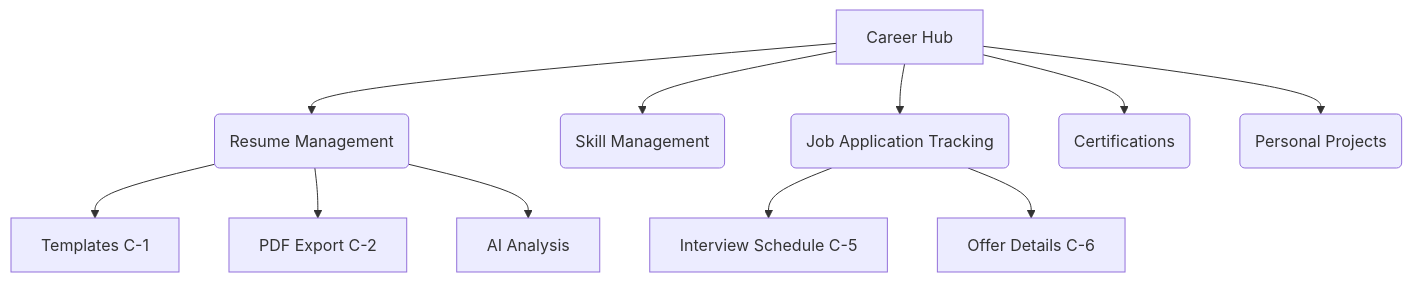
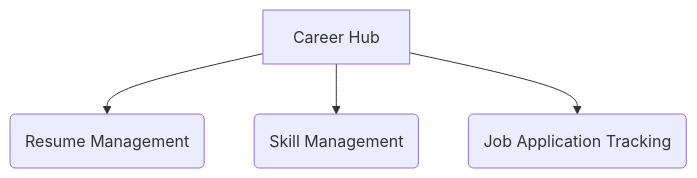
The seventh of 11 diagrams in PROJECT_PROGRESS.md (sufiyanshaikh06/integrum), drawn with Mermaid before and after one commit. The commit also changed other lines of this file, not shown here.

````diff
--- a/PROJECT_PROGRESS.md
+++ b/PROJECT_PROGRESS.md
@@ -126,15 +214,6 @@
 ```mermaid
 graph TD
     A[Career Hub] --> B(Resume Management)
     A --> C(Skill Management)
     A --> D(Job Application Tracking)
-    A --> E(Certifications)
-    A --> F(Personal Projects)
-
-    B --> B1[Templates C-1]
-    B --> B2[PDF Export C-2]
-    B --> B3[AI Analysis]
-
-    D --> D1[Interview Schedule C-5]
-    D --> D2[Offer Details C-6]
 ```
````
